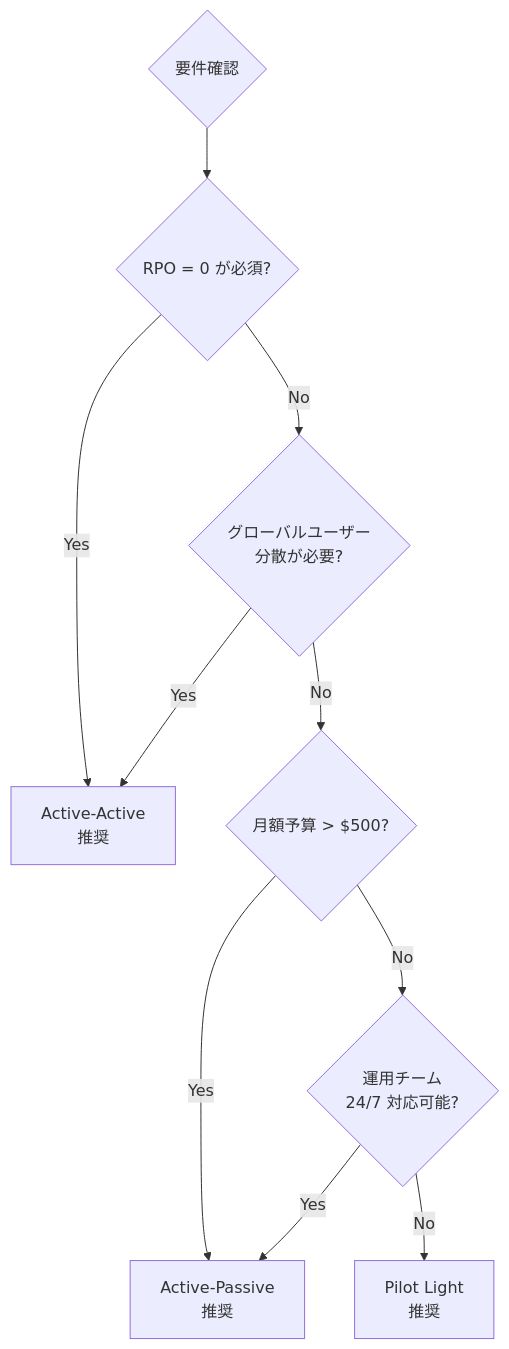
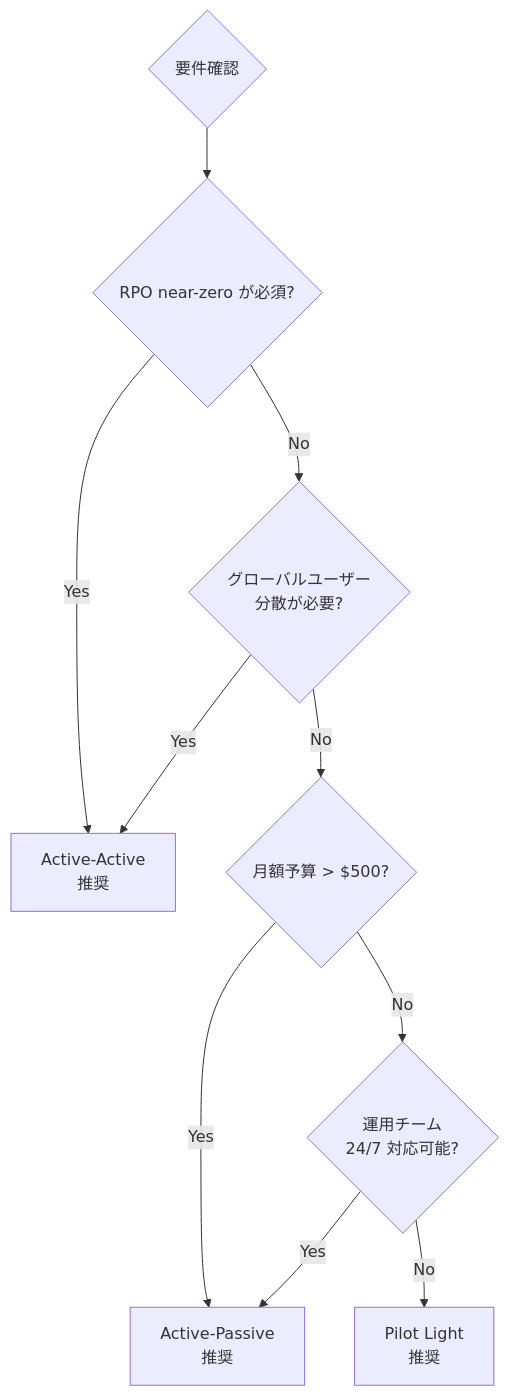
Before and after one commit to Yoshiki0705/FSx-for-ONTAP-S3AccessPoints-Serverless-Patterns: the first of 5 diagrams in docs/multi-region/step-functions-design.md, drawn with Mermaid. The commit also changed other lines of this file and 6 other files, not shown here.

````diff
--- a/docs/multi-region/step-functions-design.md
+++ b/docs/multi-region/step-functions-design.md
@@ -26,22 +26,22 @@
 ```mermaid
 graph TD
     START{要件確認}
-    Q1{RPO = 0 が必須?}
+    Q1{RPO near-zero が必須?}
     Q2{グローバルユーザー<br/>分散が必要?}
     Q3{月額予算 > $500?}
     Q4{運用チーム<br/>24/7 対応可能?}
     
     AA[Active-Active<br/>推奨]
     AP[Active-Passive<br/>推奨]
     PL[Pilot Light<br/>推奨]
     
     START --> Q1
     Q1 -->|Yes| AA
     Q1 -->|No| Q2
     Q2 -->|Yes| AA
     Q2 -->|No| Q3
     Q3 -->|Yes| AP
     Q3 -->|No| Q4
     Q4 -->|Yes| AP
     Q4 -->|No| PL
 ```
````
